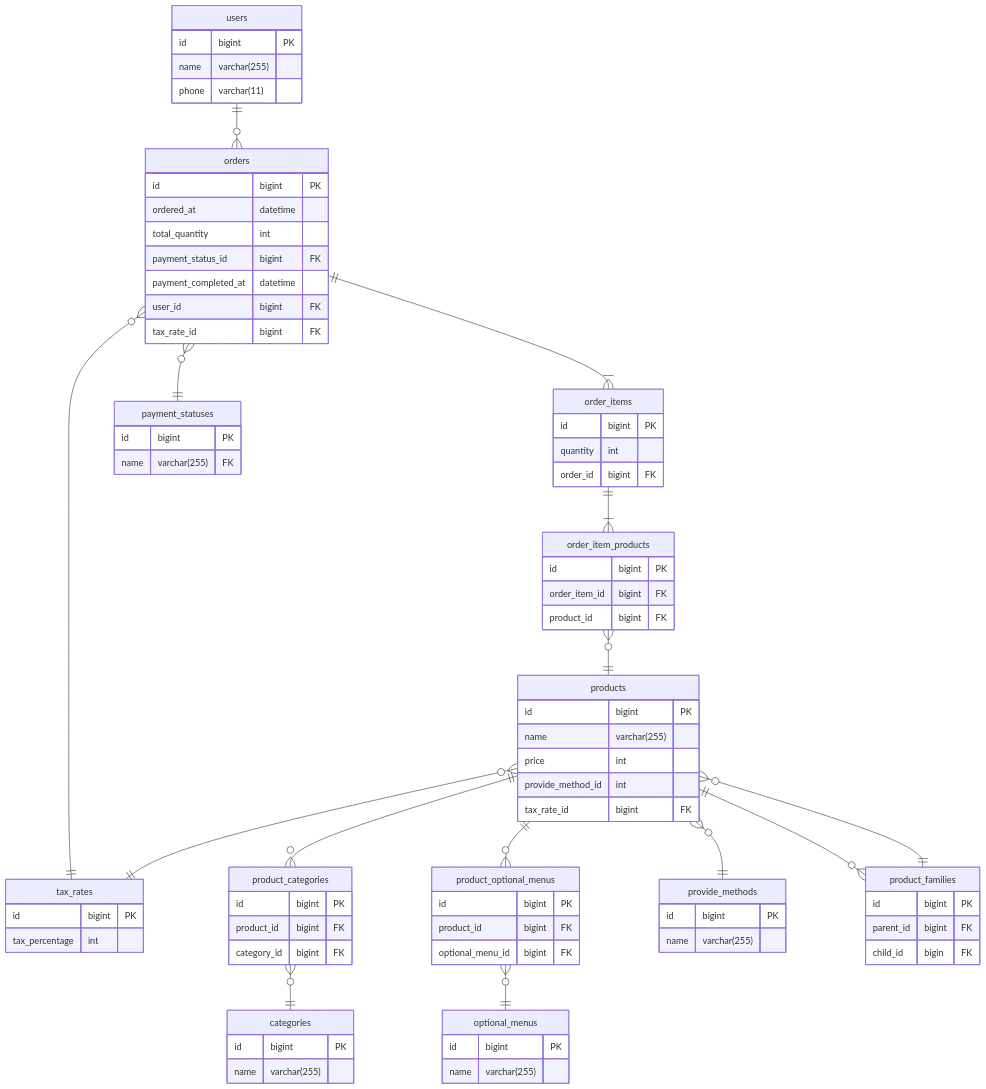
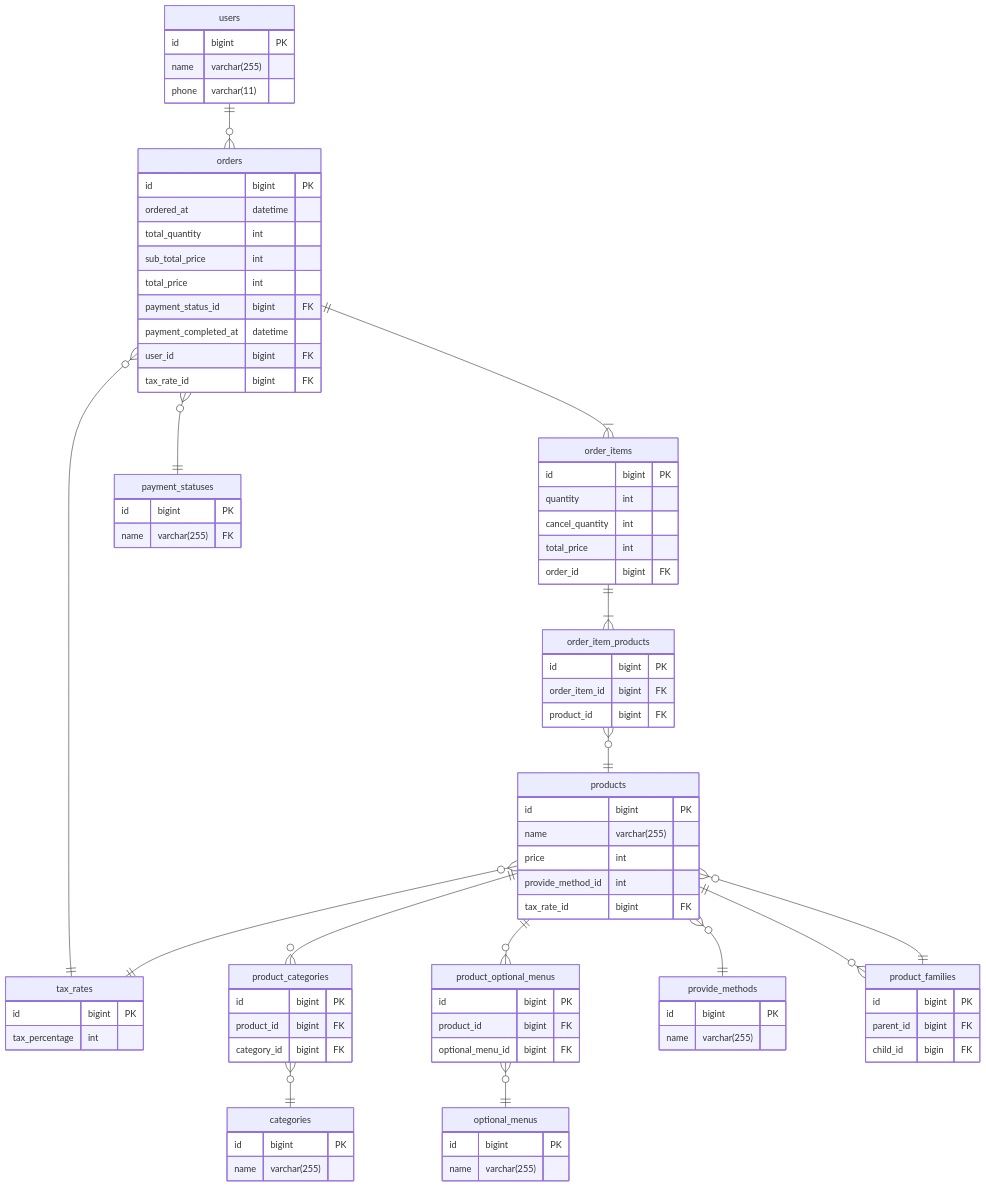
The diagram in LUpCvstQOssJiN/database_design/db_modeling_1/part_2/order_er_diagram.mmd (praha-inc/praha-challenge-7), drawn with Mermaid before and after one commit.

Commit message:
Fix: add coulumn

```diff
--- a/LUpCvstQOssJiN/database_design/db_modeling_1/part_2/order_er_diagram.mmd
+++ b/LUpCvstQOssJiN/database_design/db_modeling_1/part_2/order_er_diagram.mmd
@@ -1,95 +1,99 @@
 erDiagram
 
 users ||--o{ orders: ""
 orders ||--|{ order_items: ""
 orders }o--|| payment_statuses: ""
 orders }o--|| tax_rates: ""
 order_items ||--|{ order_item_products: ""
 order_item_products }o--|| products: ""
 products ||--o{ product_categories: ""
 product_categories }o--|| categories: ""
 products ||--o{ product_optional_menus: ""
 products }o--|| provide_methods: ""
 products }o--|| tax_rates: ""
 products ||--o{ product_families: ""
 products }o--|| product_families: ""
 product_optional_menus }o--|| optional_menus: ""
 
 users {
-id bigint PK
-name varchar(255)
-phone varchar(11)
+  id bigint PK
+  name varchar(255)
+  phone varchar(11)
 }
 
 orders {
-id bigint PK
-ordered_at datetime
-total_quantity int
-payment_status_id bigint FK
-payment_completed_at datetime
-user_id bigint FK
-tax_rate_id bigint FK
+  id bigint PK
+  ordered_at datetime
+  total_quantity int
+  sub_total_price int
+  total_price int
+  payment_status_id bigint FK
+  payment_completed_at datetime
+  user_id bigint FK
+  tax_rate_id bigint FK
 }
 
 payment_statuses {
-id bigint PK
-name varchar(255) FK
+  id bigint PK
+  name varchar(255) FK
 }
 
 order_items {
-id bigint PK
-quantity int
-order_id bigint FK
+  id bigint PK
+  quantity int
+  cancel_quantity int
+  total_price int
+  order_id bigint FK
 }
 
 order_item_products {
-id bigint PK
-order_item_id bigint FK
-product_id bigint FK
+  id bigint PK
+  order_item_id bigint FK
+  product_id bigint FK
 }
 
 products {
-id bigint PK
-name varchar(255)
-price int
-provide_method_id int
-tax_rate_id bigint FK
+  id bigint PK
+  name varchar(255)
+  price int
+  provide_method_id int
+  tax_rate_id bigint FK
 }
 
 product_families {
-id bigint PK
-parent_id bigint FK
-child_id bigin FK
+  id bigint PK
+  parent_id bigint FK
+  child_id bigin FK
 }
 
 provide_methods {
-id bigint PK
-name varchar(255)
+  id bigint PK
+  name varchar(255)
 }
 
 product_optional_menus {
-id bigint PK
-product_id bigint FK
-optional_menu_id bigint FK
+  id bigint PK
+  product_id bigint FK
+  optional_menu_id bigint FK
 }
 
 optional_menus {
-id bigint PK
-name varchar(255)
+  id bigint PK
+  name varchar(255)
 }
 
 product_categories {
-id bigint PK
-product_id bigint FK
-category_id bigint FK
+  id bigint PK
+  product_id bigint FK
+  category_id bigint FK
 }
 
 categories {
-id bigint PK
-name varchar(255)
+  id bigint PK
+  name varchar(255)
 }
 
 tax_rates {
-id bigint PK
-tax_percentage int
+  id bigint PK
+  tax_percentage int
 }
```
